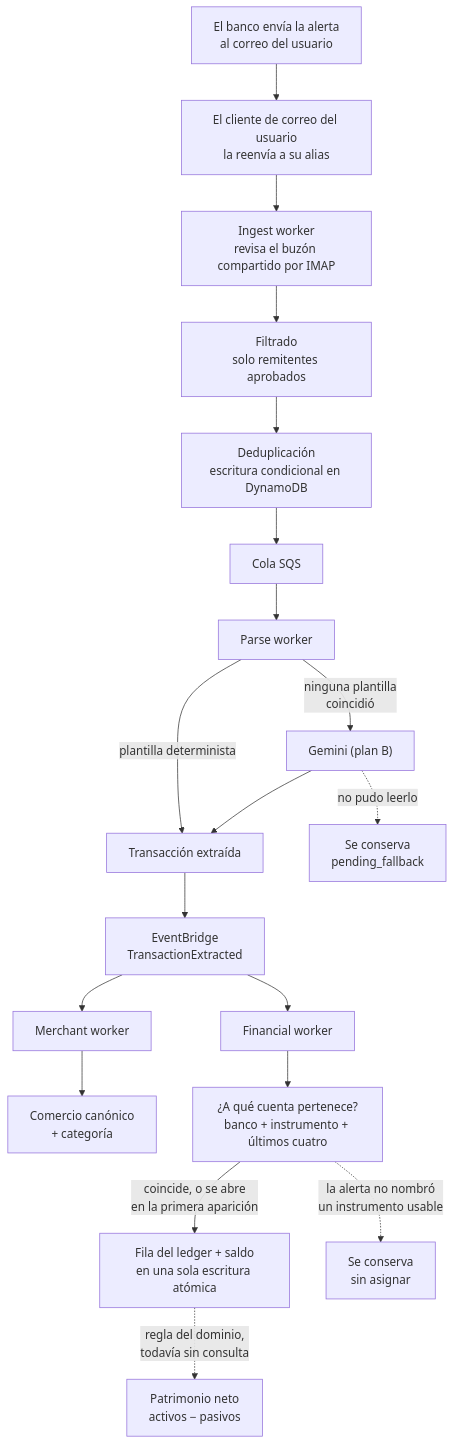
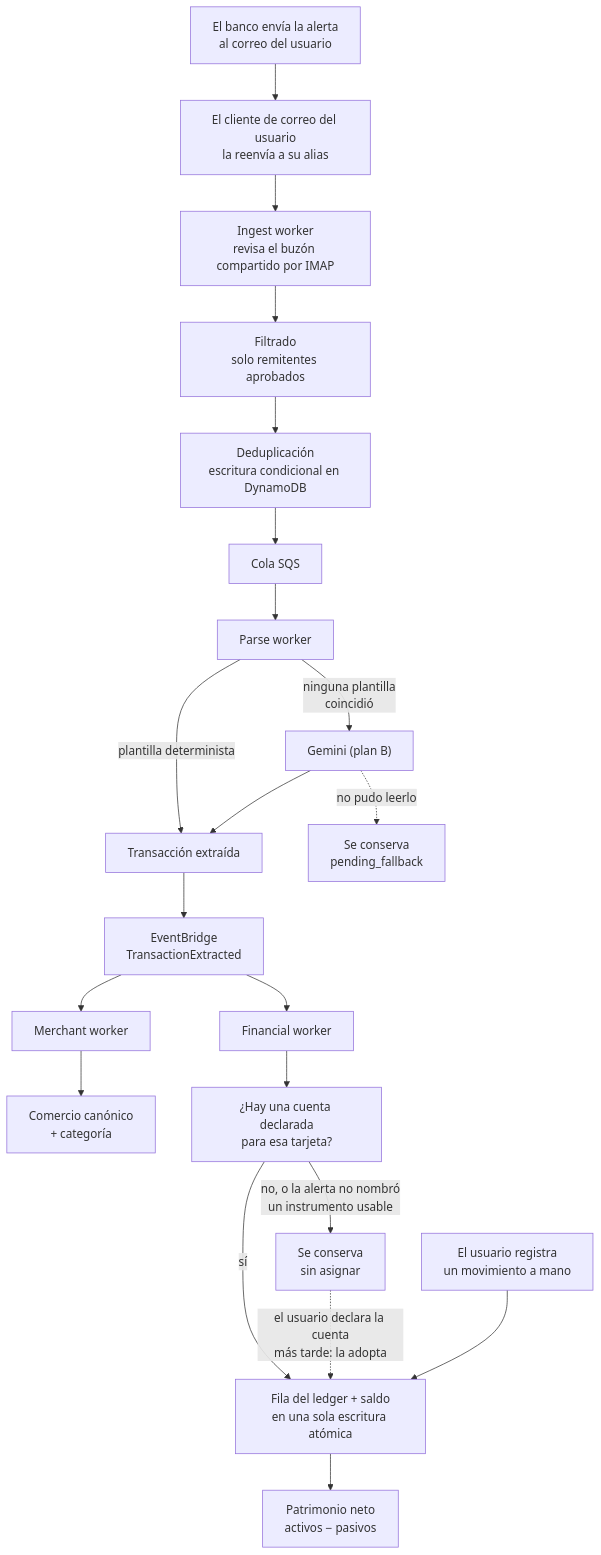
Before and after one commit to lStiven/finflow: the diagram in docs/overview.md, drawn with Mermaid. The commit also changed other lines of this file and 30 other files, not shown here.

````diff
--- a/docs/overview.md
+++ b/docs/overview.md
@@ -40,21 +40,23 @@
 ```mermaid
 flowchart TD
     A["El banco envía la alerta<br/>al correo del usuario"] --> B["El cliente de correo del usuario<br/>la reenvía a su alias"]
     B --> C["Ingest worker<br/>revisa el buzón compartido por IMAP"]
     C --> D["Filtrado<br/>solo remitentes aprobados"]
     D --> E["Deduplicación<br/>escritura condicional en DynamoDB"]
     E --> F["Cola SQS"]
     F --> G["Parse worker"]
     G -->|"plantilla determinista"| H["Transacción extraída"]
     G -->|"ninguna plantilla<br/>coincidió"| I["Gemini (plan B)"]
     I --> H
     I -.->|"no pudo leerlo"| J["Se conserva<br/>pending_fallback"]
     H --> K["EventBridge<br/>TransactionExtracted"]
     K --> L["Merchant worker"]
     L --> M["Comercio canónico<br/>+ categoría"]
     K --> N["Financial worker"]
-    N --> O["¿A qué cuenta pertenece?<br/>banco + instrumento + últimos cuatro"]
-    O -->|"coincide, o se abre<br/>en la primera aparición"| P["Fila del ledger + saldo<br/>en una sola escritura atómica"]
-    O -.->|"la alerta no nombró<br/>un instrumento usable"| Q["Se conserva<br/>sin asignar"]
-    P -.->|"regla del dominio,<br/>todavía sin consulta"| R["Patrimonio neto<br/>activos − pasivos"]
+    N --> O["¿Hay una cuenta declarada<br/>para esa tarjeta?"]
+    O -->|"sí"| P["Fila del ledger + saldo<br/>en una sola escritura atómica"]
+    O -->|"no, o la alerta no nombró<br/>un instrumento usable"| Q["Se conserva<br/>sin asignar"]
+    Q -.->|"el usuario declara la cuenta<br/>más tarde: la adopta"| P
+    S["El usuario registra<br/>un movimiento a mano"] --> P
+    P --> R["Patrimonio neto<br/>activos − pasivos"]
 ```
````
